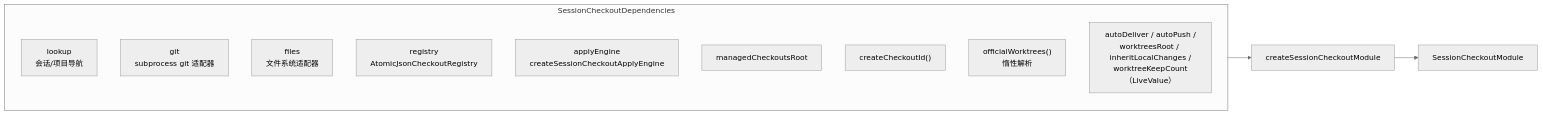
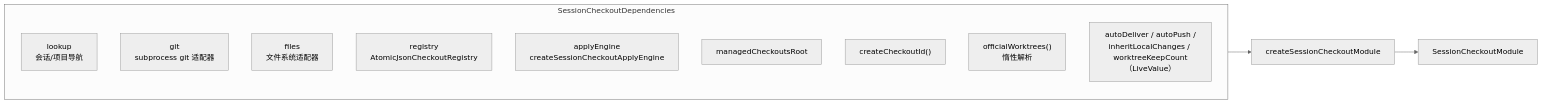
Before and after one commit to ikliml666/dsh-git-workspace: the second of 12 diagrams in .codewiki/modules/session-checkout-integration-core.md, drawn with Mermaid (neutral theme). The commit also changed other lines of this file and 142 other files, not shown here.

````diff
--- a/.codewiki/modules/session-checkout-integration-core.md
+++ b/.codewiki/modules/session-checkout-integration-core.md
@@ -89,17 +89,17 @@
 ```mermaid
 flowchart LR
     subgraph Deps["SessionCheckoutDependencies"]
         D1["lookup<br/>会话/项目导航"]
         D2["git<br/>subprocess git 适配器"]
         D3["files<br/>文件系统适配器"]
         D4["registry<br/>AtomicJsonCheckoutRegistry"]
         D5["applyEngine<br/>createSessionCheckoutApplyEngine"]
         D6["managedCheckoutsRoot"]
         D7["createCheckoutId()"]
         D8["officialWorktrees()<br/>惰性解析"]
-        D9["autoDeliver / autoPush /<br/>worktreesRoot / inheritLocalChanges /<br/>worktreeKeepCount（LiveValue）"]
+        D9["autoDeliver / autoPush /<br/>inheritLocalChanges / worktreeKeepCount（LiveValue）"]
     end
 
     Deps --> MOD["createSessionCheckoutModule"]
     MOD --> API["SessionCheckoutModule"]
 ```
````
